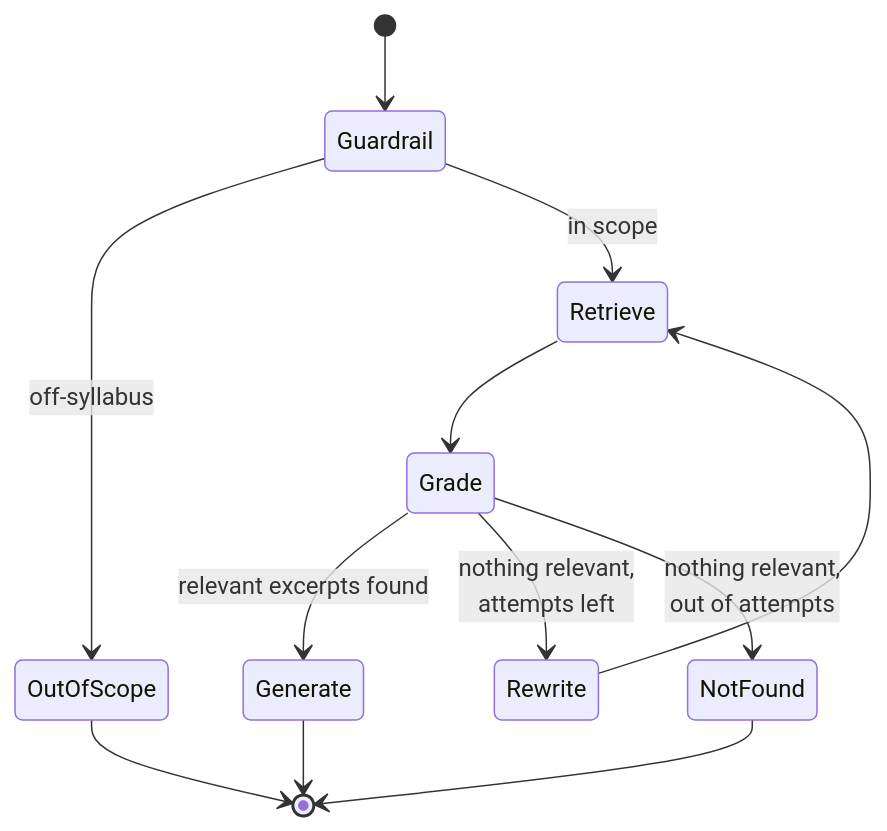
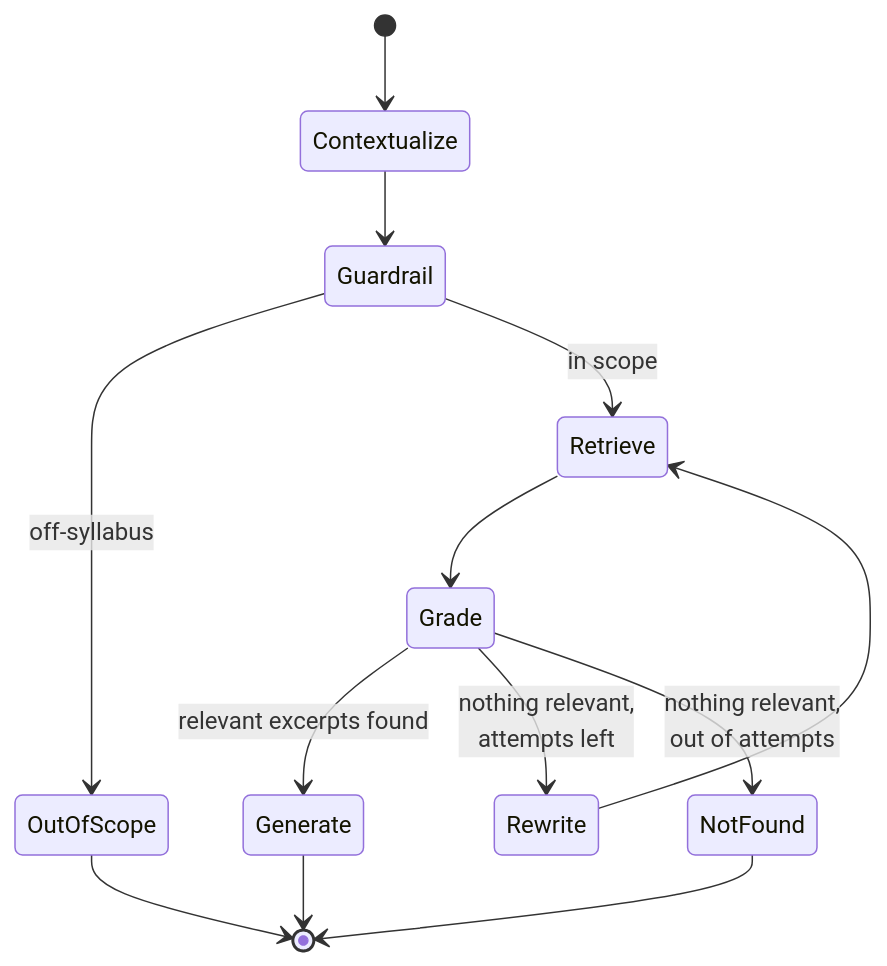
The fourth of 6 diagrams in README.md (ProblematicPP/vtu-rag-assistant), drawn with Mermaid before and after one commit. The commit also changed other lines of this file and 29 other files, not shown here.

````diff
--- a/README.md
+++ b/README.md
@@ -255,14 +256,15 @@
 ```mermaid
 stateDiagram-v2
-    [*] --> Guardrail
+    [*] --> Contextualize
+    Contextualize --> Guardrail
     Guardrail --> OutOfScope: off-syllabus
     Guardrail --> Retrieve: in scope
     Retrieve --> Grade
     Grade --> Generate: relevant excerpts found
     Grade --> Rewrite: nothing relevant,<br/>attempts left
     Grade --> NotFound: nothing relevant,<br/>out of attempts
     Rewrite --> Retrieve
     Generate --> [*]
     OutOfScope --> [*]
     NotFound --> [*]
 ```
````
